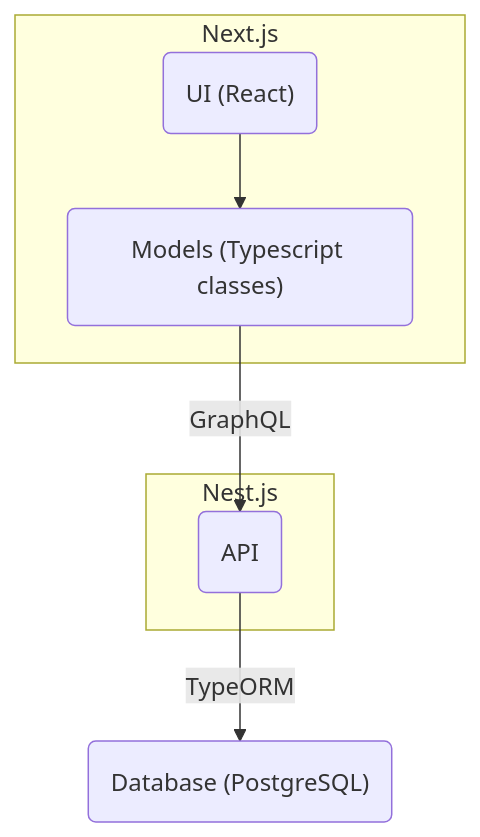
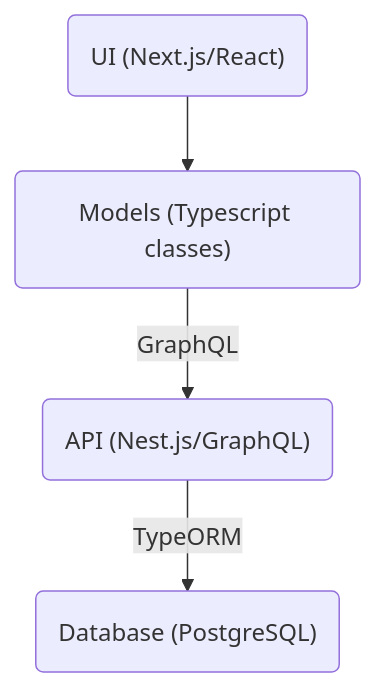
Before and after one commit to allangelman/mastermind: the first of 4 diagrams in README.md, drawn with Mermaid. The commit also changed other lines of this file, not shown here.

````diff
--- a/README.md
+++ b/README.md
@@ -45,15 +45,6 @@
 ```mermaid
 graph TD
-    A("UI (React)") --> B("Models (Typescript classes)")
-    B --> |GraphQL| C("API")
+    A("UI (Next.js/React)") --> B("Models (Typescript classes)")
+    B --> |GraphQL| C("API (Nest.js/GraphQL)")
     C -->|TypeORM| D("Database (PostgreSQL)")
-
-    subgraph Next.js
-        A
-        B
-    end
-
-    subgraph Nest.js
-        C
-    end
 ```
````
